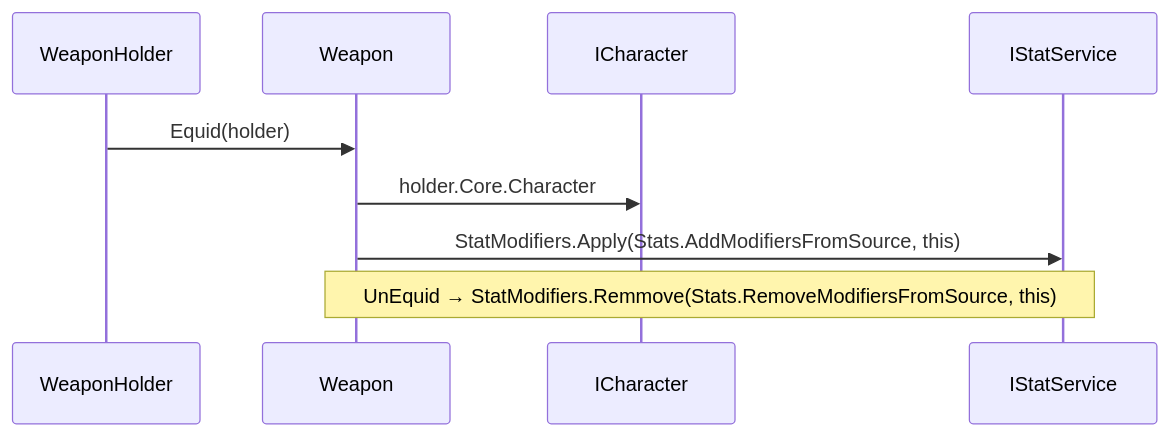
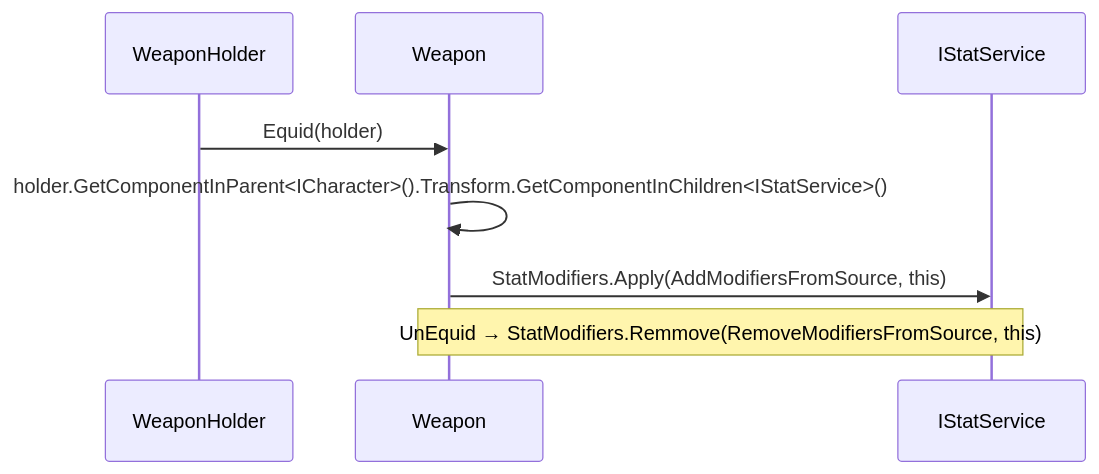
The seventh of 8 diagrams in docs/diagrams/character-architecture-diagrams.md (kay6198835/Game-RPG), drawn with Mermaid before and after one commit. The commit also changed other lines of this file and 28 other files, not shown here.

First line of the commit message:
refactor(character): ICharacter is identity only (ADR-0005 Amendment 1)

````diff
--- a/docs/diagrams/character-architecture-diagrams.md
+++ b/docs/diagrams/character-architecture-diagrams.md
@@ -178,11 +188,10 @@
 ```mermaid
 sequenceDiagram
     participant WH as WeaponHolder
     participant W as Weapon
-    participant C as ICharacter
     participant S as IStatService
     WH->>W: Equid(holder)
-    W->>C: holder.Core.Character
-    W->>S: StatModifiers.Apply(Stats.AddModifiersFromSource, this)
-    Note over W,S: UnEquid → StatModifiers.Remmove(Stats.RemoveModifiersFromSource, this)
+    W->>W: holder.GetComponentInParent<ICharacter>().Transform.GetComponentInChildren<IStatService>()
+    W->>S: StatModifiers.Apply(AddModifiersFromSource, this)
+    Note over W,S: UnEquid → StatModifiers.Remmove(RemoveModifiersFromSource, this)
 ```
````
